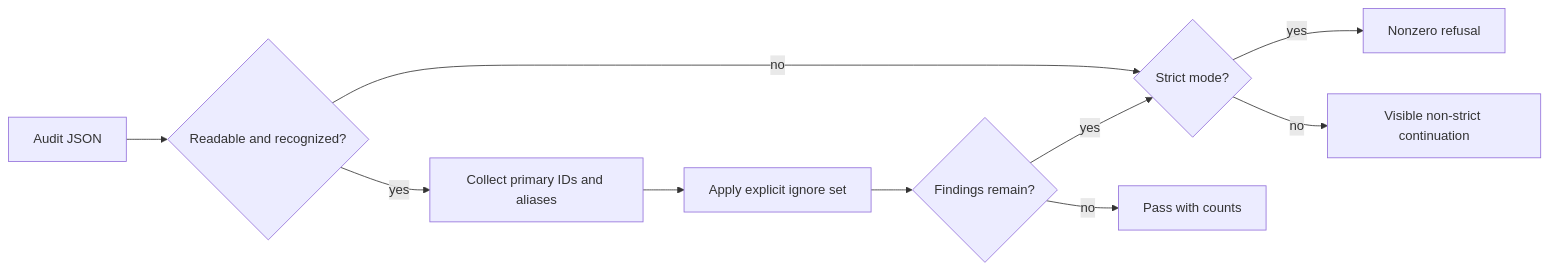
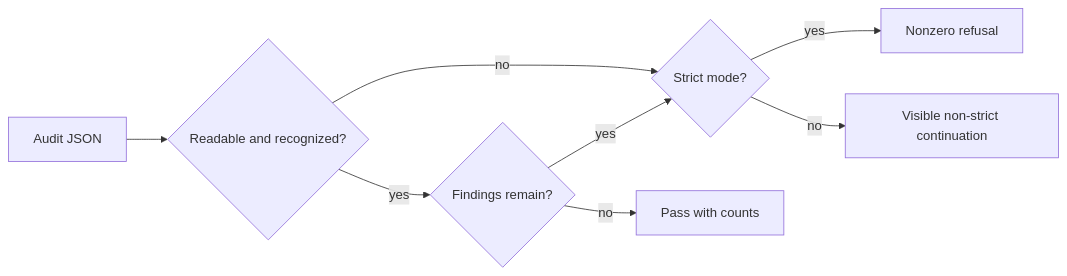
Before and after one commit to bijux/bijux-canon: the second of 2 diagrams in docs/07-bijux-canon-maintain/bijux-canon-dev/security-gates.md, drawn with Mermaid. The commit also changed other lines of this file and 40 other files, not shown here.

````diff
--- a/docs/07-bijux-canon-maintain/bijux-canon-dev/security-gates.md
+++ b/docs/07-bijux-canon-maintain/bijux-canon-dev/security-gates.md
@@ -51,12 +52,10 @@
 ```mermaid
 flowchart LR
     report[Audit JSON] --> parse{Readable and recognized?}
     parse -- no --> strict{Strict mode?}
-    parse -- yes --> ids[Collect primary IDs and aliases]
-    ids --> ignored[Apply explicit ignore set]
-    ignored --> remaining{Findings remain?}
+    parse -- yes --> remaining{Findings remain?}
     remaining -- no --> pass[Pass with counts]
     remaining -- yes --> strict
     strict -- yes --> fail[Nonzero refusal]
     strict -- no --> visible[Visible non-strict continuation]
 ```
````
